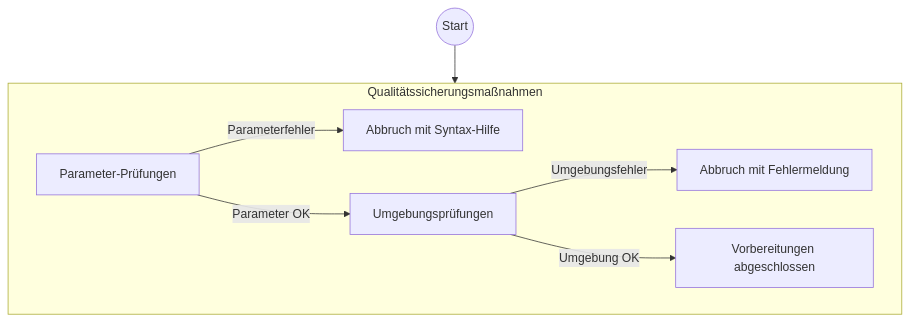
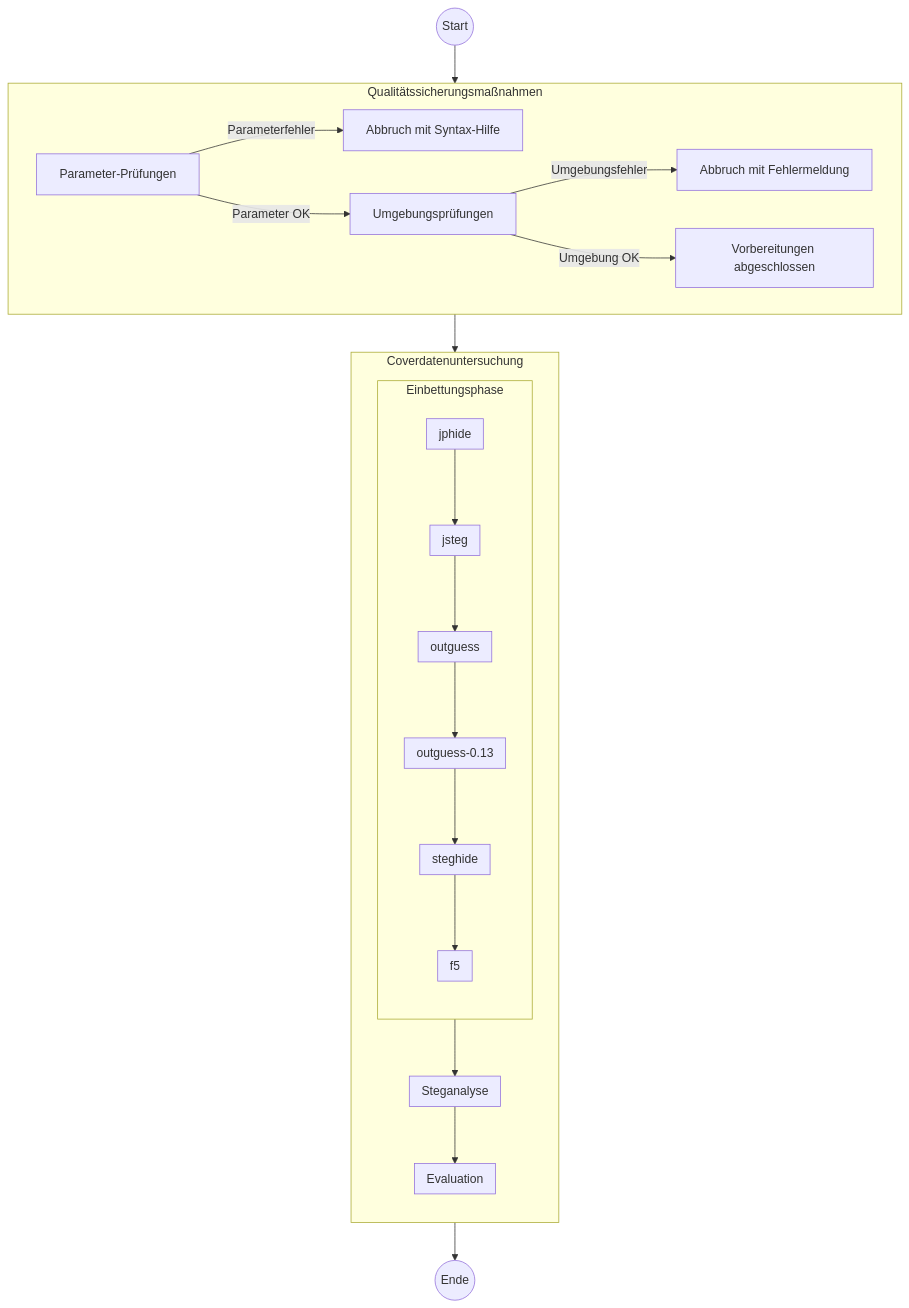
Before and after one commit to bh-8/amsl-it-security-projects: the second of 2 diagrams in SMKITS5/README.md, drawn with Mermaid.

````diff
--- a/SMKITS5/README.md
+++ b/SMKITS5/README.md
@@ -135,18 +135,58 @@
     ```mermaid
     flowchart TB
       start(("Start"))
       subgraph Qualitätssicherungsmaßnahmen
         direction LR
         paramchecks["Parameter-Prüfungen"]
         aborthelp["Abbruch mit Syntax-Hilfe"]
         envchecks["Umgebungsprüfungen"]
         aborterr["Abbruch mit Fehlermeldung"]
         qa["Vorbereitungen abgeschlossen"]
         paramchecks
         paramchecks--"Parameterfehler"-->aborthelp
         paramchecks--"Parameter OK"-->envchecks
         envchecks--"Umgebungsfehler"-->aborterr
         envchecks--"Umgebung OK"-->qa
       end
+      subgraph Coverdatenuntersuchung
+        direction TB
+        subgraph Einbettungsphase
+          direction TB
+          subgraph jphide
+          
+          end
+          subgraph jsteg
+          
+          end
+          subgraph outguess
+          
+          end
+          subgraph outguess-0.13
+          
+          end
+          subgraph steghide
+          
+          end
+          subgraph f5
+          
+          end
+          jphide-->jsteg
+          jsteg-->outguess
+          outguess-->outguess-0.13
+          outguess-0.13-->steghide
+          steghide-->f5
+        end
+        subgraph Steganalyse
+        
+        end
+        subgraph Evaluation
+        
+        end
+        Einbettungsphase-->Steganalyse
+        Steganalyse-->Evaluation
+      end
+      finish(("Ende"))
       start-->Qualitätssicherungsmaßnahmen
+      Qualitätssicherungsmaßnahmen-->Coverdatenuntersuchung
+      Coverdatenuntersuchung-->finish
     ```  
````
